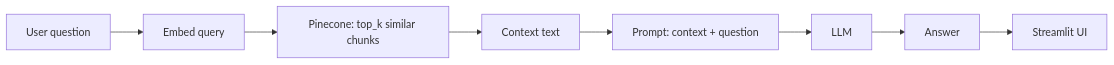
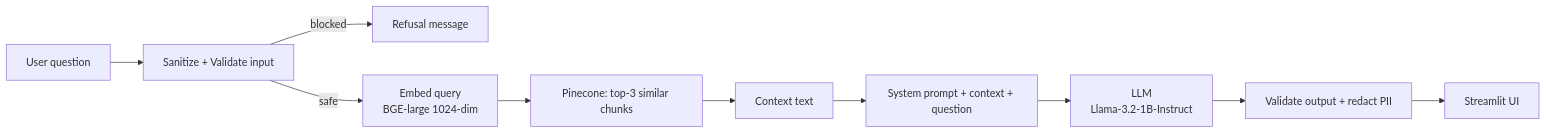
Before and after one commit to AliHaider1415/Bank-Customer-Support: the third of 6 diagrams in ARCHITECTURE.md, drawn with Mermaid. The commit also changed other lines of this file and 1 other file, not shown here.

````diff
--- a/ARCHITECTURE.md
+++ b/ARCHITECTURE.md
@@ -95,10 +124,12 @@
 ```mermaid
 flowchart LR
-    A[User question] --> B[Embed query]
-    B --> C[Pinecone: top_k similar chunks]
-    C --> D[Context text]
-    D --> E[Prompt: context + question]
-    E --> F[LLM]
-    F --> G[Answer]
-    G --> H[Streamlit UI]
+    A[User question] --> B[Sanitize + Validate input]
+    B -->|blocked| Z[Refusal message]
+    B -->|safe| C[Embed query\nBGE-large 1024-dim]
+    C --> D[Pinecone: top-3 similar chunks]
+    D --> E[Context text]
+    E --> F[System prompt + context + question]
+    F --> G[LLM\nLlama-3.2-1B-Instruct]
+    G --> H[Validate output + redact PII]
+    H --> I[Streamlit UI]
 ```
````
